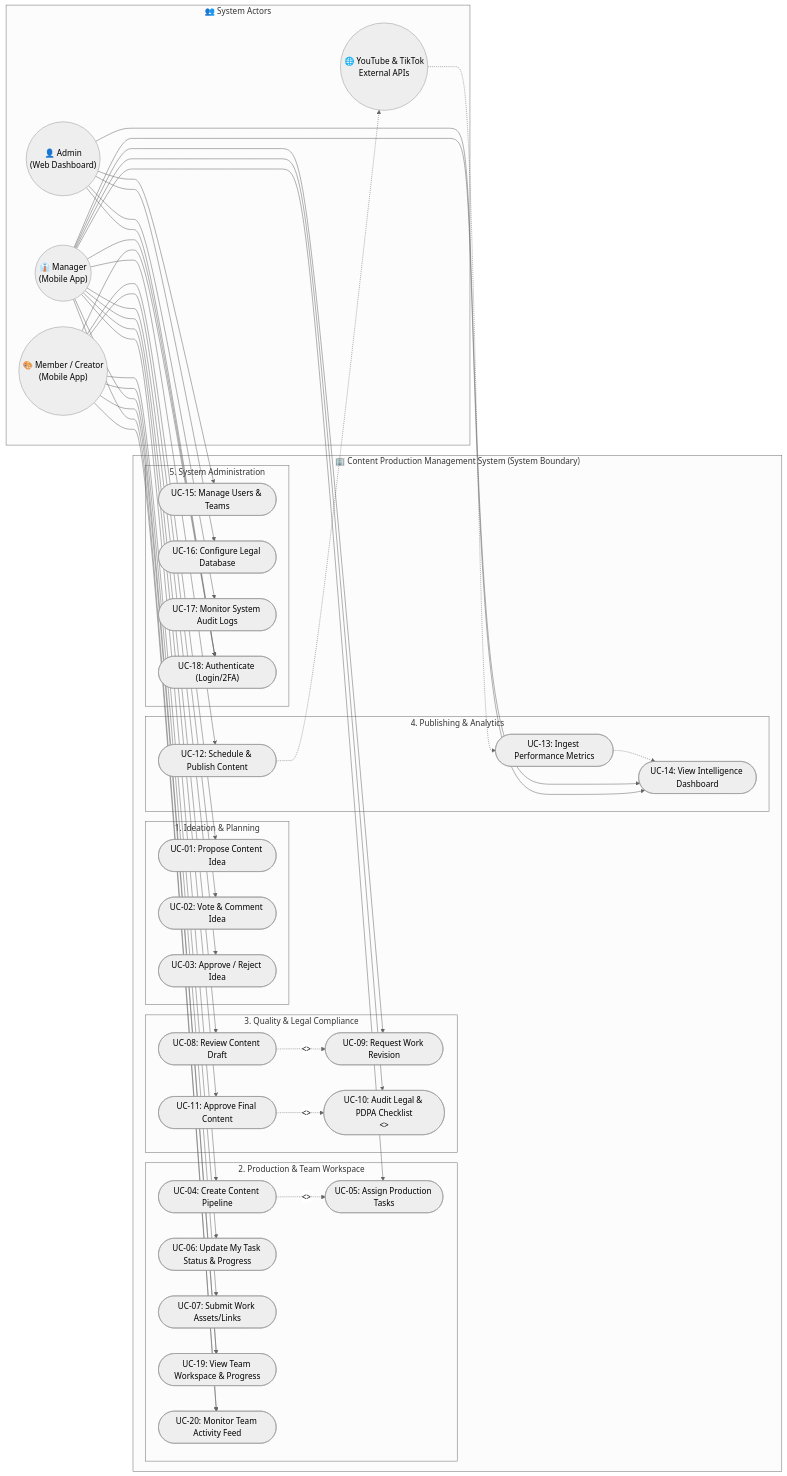
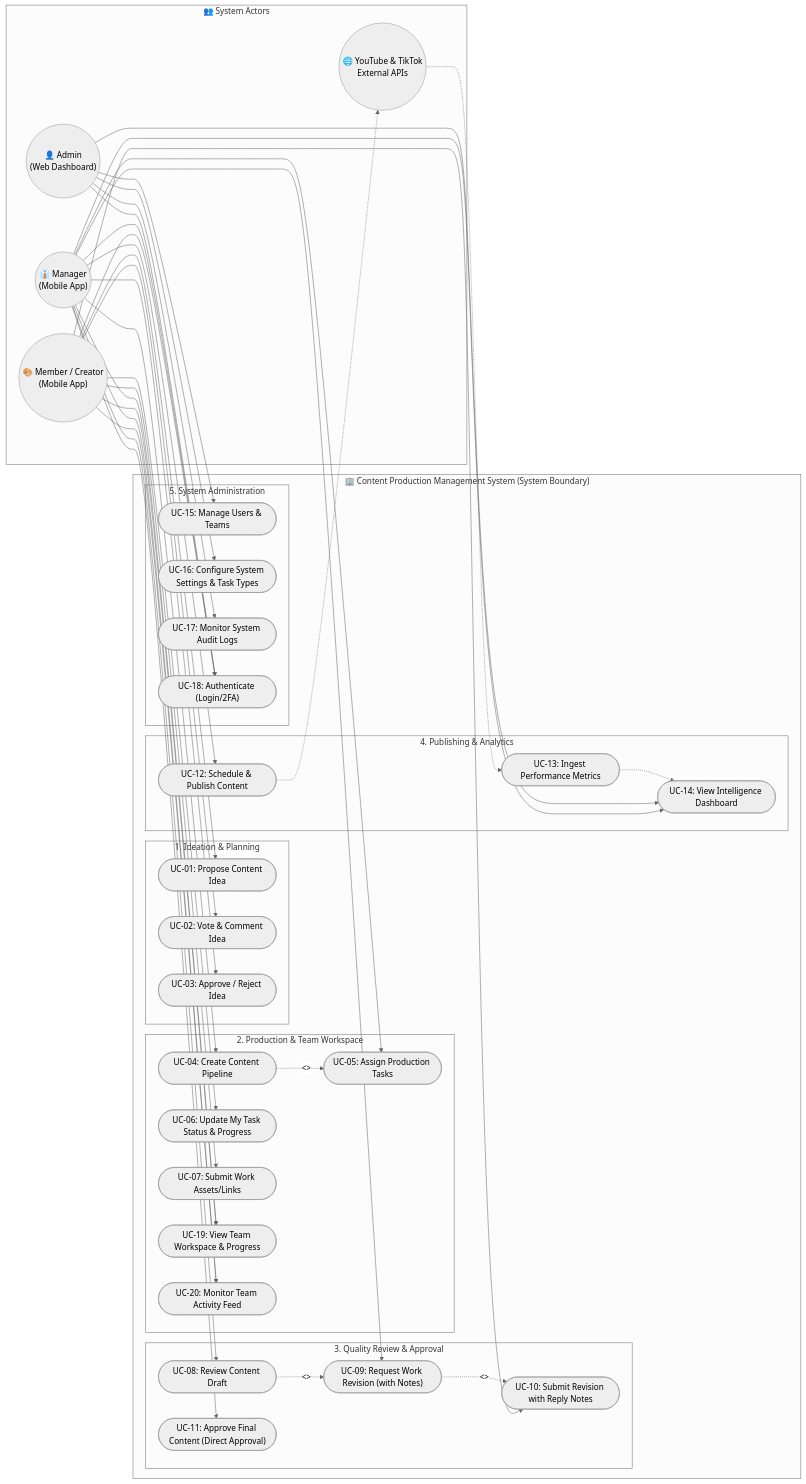
Before and after one commit to Starlight142/Content-Management-System: the diagram in docs/academic/01-Use-Case-Diagram.md, drawn with Mermaid (neutral theme). The commit also changed other lines of this file and 47 other files, not shown here.

Commit message:
feat: complete Real-time Pipeline Sync across Web and Mobile, Physical Device Deployment (Xiaomi 13 Pro), Presence Engine, and Academic Architecture update (Phases 18-22)

````diff
--- a/docs/academic/01-Use-Case-Diagram.md
+++ b/docs/academic/01-Use-Case-Diagram.md
@@ -66,12 +66,12 @@
             UC_MonitorTeamActivity(["UC-20: Monitor Team Activity Feed"])
         end
 
-        %% Review & Legal Subsystem
-        subgraph Sub_Quality["3. Quality & Legal Compliance"]
+        %% Quality & Review Subsystem
+        subgraph Sub_Quality["3. Quality Review & Approval"]
             UC_ReviewContent(["UC-08: Review Content Draft"])
-            UC_RequestRevision(["UC-09: Request Work Revision"])
-            UC_LegalAudit(["UC-10: Audit Legal & PDPA Checklist\n<<Gatekeeper>>"])
-            UC_ApproveContent(["UC-11: Approve Final Content"])
+            UC_RequestRevision(["UC-09: Request Work Revision (with Notes)"])
+            UC_SubmitRevisionReply(["UC-10: Submit Revision with Reply Notes"])
+            UC_ApproveContent(["UC-11: Approve Final Content (Direct Approval)"])
         end
 
         %% Publishing & Analytics Subsystem
@@ -84,7 +84,7 @@
         %% System Admin Subsystem
         subgraph Sub_Admin["5. System Administration"]
             UC_ManageUsers(["UC-15: Manage Users & Teams"])
-            UC_ManageLegalRules(["UC-16: Configure Legal Database"])
+            UC_ConfigureSettings(["UC-16: Configure System Settings & Task Types"])
             UC_ViewLogs(["UC-17: Monitor System Audit Logs"])
             UC_Auth(["UC-18: Authenticate (Login/2FA)"])
         end
@@ -96,6 +96,7 @@
     Member --> UC_VoteIdea
     Member --> UC_UpdateTask
     Member --> UC_SubmitDeliverable
+    Member --> UC_SubmitRevisionReply
     Member --> UC_ViewTeamOverview
     Member --> UC_MonitorTeamActivity
 
@@ -106,7 +107,6 @@
     Manager --> UC_AssignTask
     Manager --> UC_ReviewContent
     Manager --> UC_RequestRevision
-    Manager --> UC_LegalAudit
     Manager --> UC_ApproveContent
     Manager --> UC_SchedulePublish
     Manager --> UC_ViewAnalytics
@@ -116,7 +116,7 @@
     %% Relationships - Admin
     Admin --> UC_Auth
     Admin --> UC_ManageUsers
-    Admin --> UC_ManageLegalRules
+    Admin --> UC_ConfigureSettings
     Admin --> UC_ViewLogs
     Admin --> UC_ViewAnalytics
 
@@ -127,6 +127,6 @@
 
     %% Includes & Extends
     UC_CreateContent -.->|<<includes>>| UC_AssignTask
-    UC_ApproveContent -.->|<<includes>>| UC_LegalAudit
     UC_ReviewContent -.->|<<extends>>| UC_RequestRevision
+    UC_RequestRevision -.->|<<includes>>| UC_SubmitRevisionReply
 ```
````
